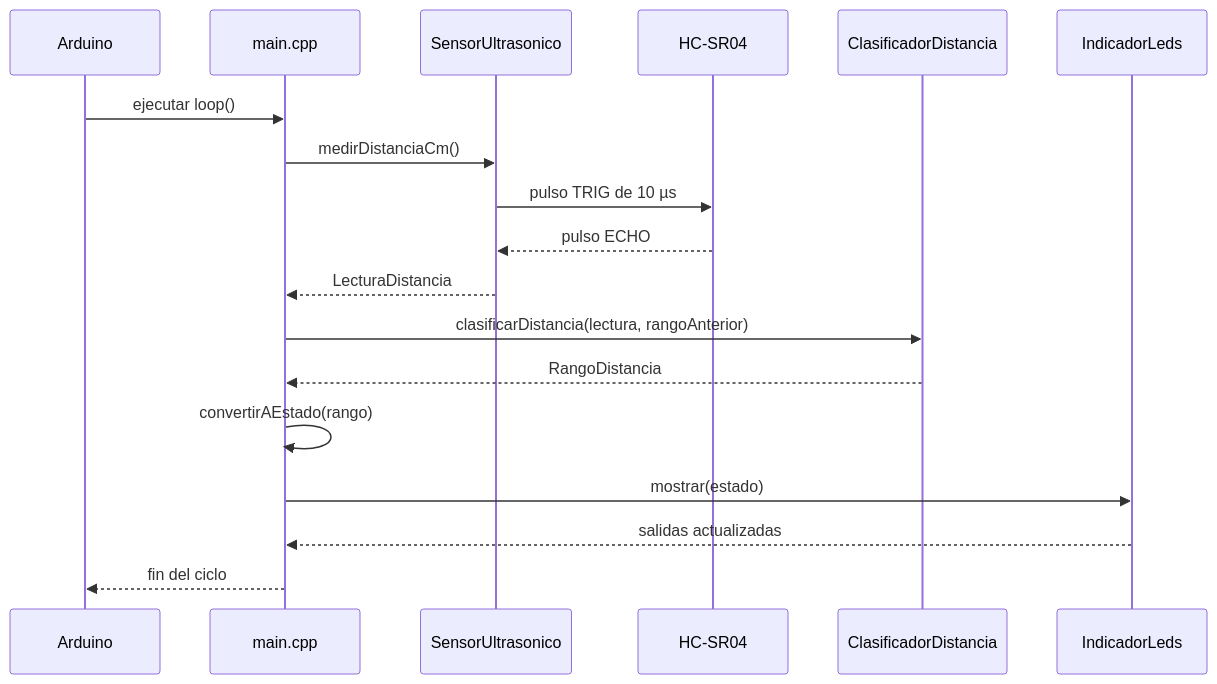
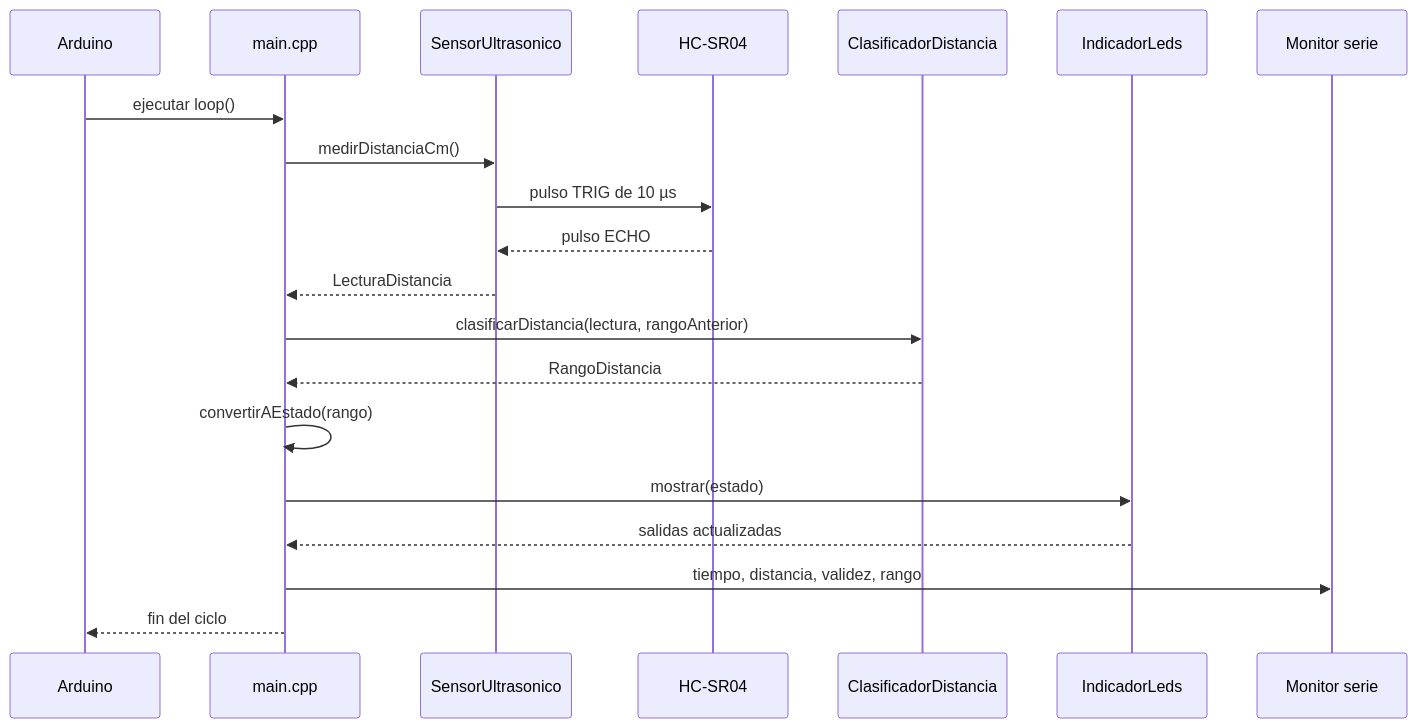
The fifth of 5 diagrams in doc/informe.md (Ruben-Cordero/IoT-LEDs), drawn with Mermaid before and after one commit. The commit also changed other lines of this file and 2 other files, not shown here.

```diff
--- a/doc/informe.md
+++ b/doc/informe.md
@@ -291,21 +296,23 @@
 ~~~mermaid
 sequenceDiagram
     participant Arduino
     participant Main as main.cpp
     participant Sensor as SensorUltrasonico
     participant HC as HC-SR04
     participant Clasificador as ClasificadorDistancia
     participant Indicador as IndicadorLeds
+    participant Monitor as Monitor serie
 
     Arduino->>Main: ejecutar loop()
     Main->>Sensor: medirDistanciaCm()
     Sensor->>HC: pulso TRIG de 10 µs
     HC-->>Sensor: pulso ECHO
     Sensor-->>Main: LecturaDistancia
     Main->>Clasificador: clasificarDistancia(lectura, rangoAnterior)
     Clasificador-->>Main: RangoDistancia
     Main->>Main: convertirAEstado(rango)
     Main->>Indicador: mostrar(estado)
     Indicador-->>Main: salidas actualizadas
+    Main->>Monitor: tiempo, distancia, validez, rango
     Main-->>Arduino: fin del ciclo
 ~~~
```
